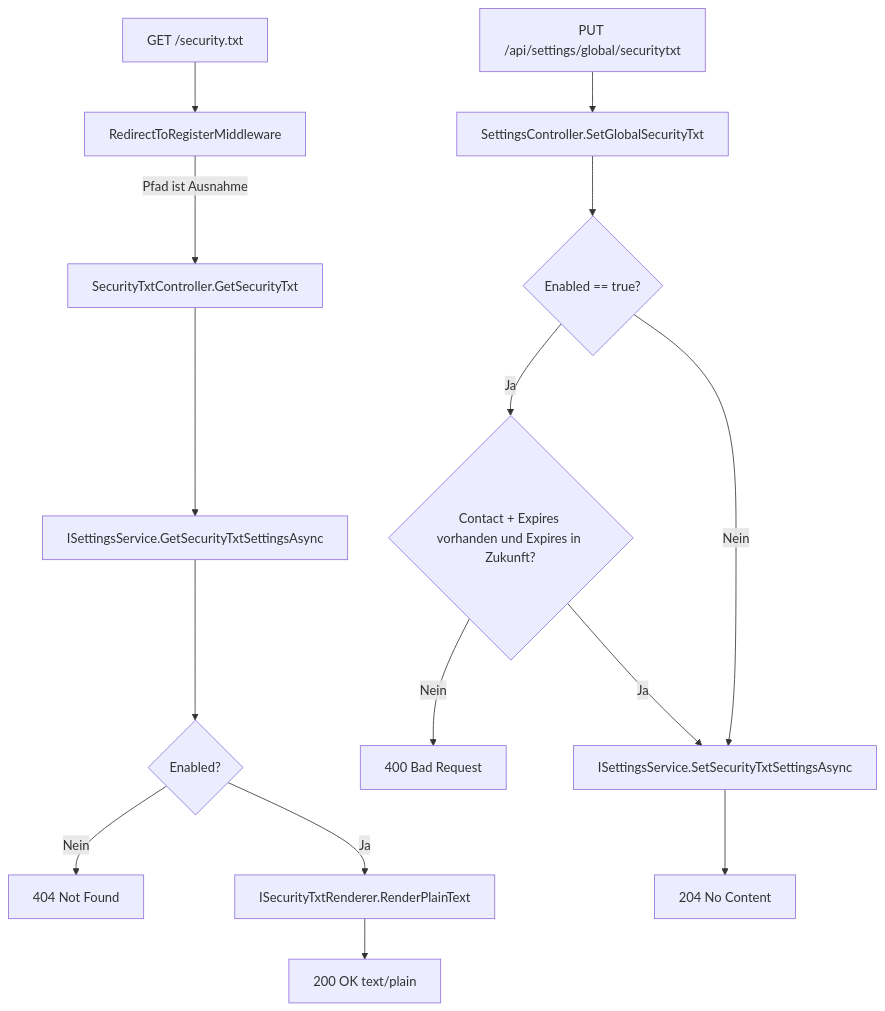
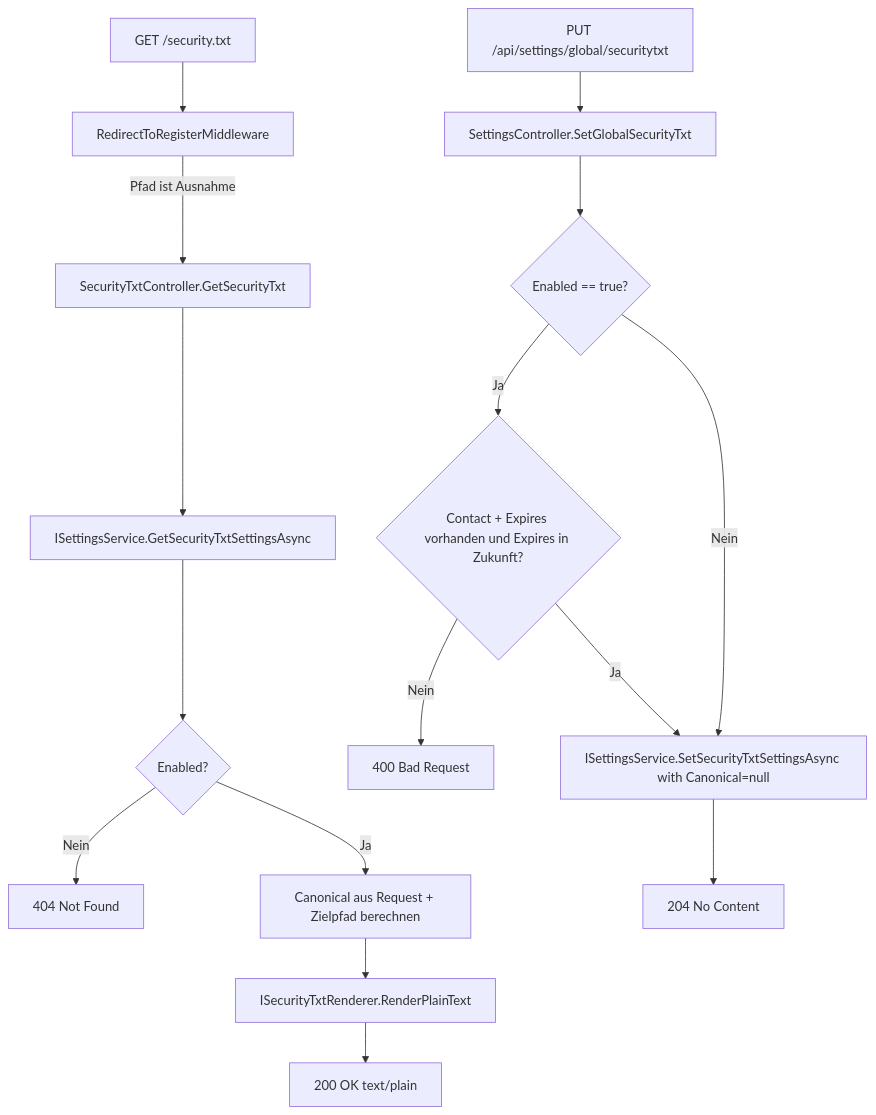
The diagram in Docs/help/security-txt/ablauf-technisch.md (martin-stromberg/Rezepte), drawn with Mermaid before and after one commit. The commit also changed other lines of this file and 28 other files, not shown here.

Commit message:
feat: finalize security.txt canonical auto-detection

````diff
--- a/Docs/help/security-txt/ablauf-technisch.md
+++ b/Docs/help/security-txt/ablauf-technisch.md
@@ -95,18 +103,19 @@
 ```mermaid
 flowchart TD
     A[GET /security.txt] --> B[RedirectToRegisterMiddleware]
     B -- Pfad ist Ausnahme --> C[SecurityTxtController.GetSecurityTxt]
     C --> D[ISettingsService.GetSecurityTxtSettingsAsync]
     D --> E{Enabled?}
     E -- Nein --> F[404 Not Found]
-    E -- Ja --> G[ISecurityTxtRenderer.RenderPlainText]
-    G --> H[200 OK text/plain]
+    E -- Ja --> G[Canonical aus Request + Zielpfad berechnen]
+    G --> H[ISecurityTxtRenderer.RenderPlainText]
+    H --> I[200 OK text/plain]
 
-    I[PUT /api/settings/global/securitytxt] --> J[SettingsController.SetGlobalSecurityTxt]
-    J --> K{Enabled == true?}
-    K -- Ja --> L{Contact + Expires vorhanden und Expires in Zukunft?}
-    L -- Nein --> M[400 Bad Request]
-    L -- Ja --> N[ISettingsService.SetSecurityTxtSettingsAsync]
-    K -- Nein --> N
-    N --> O[204 No Content]
+    J[PUT /api/settings/global/securitytxt] --> K[SettingsController.SetGlobalSecurityTxt]
+    K --> L{Enabled == true?}
+    L -- Ja --> M{Contact + Expires vorhanden und Expires in Zukunft?}
+    M -- Nein --> N[400 Bad Request]
+    M -- Ja --> O[ISettingsService.SetSecurityTxtSettingsAsync with Canonical=null]
+    L -- Nein --> O
+    O --> P[204 No Content]
 ```
````
